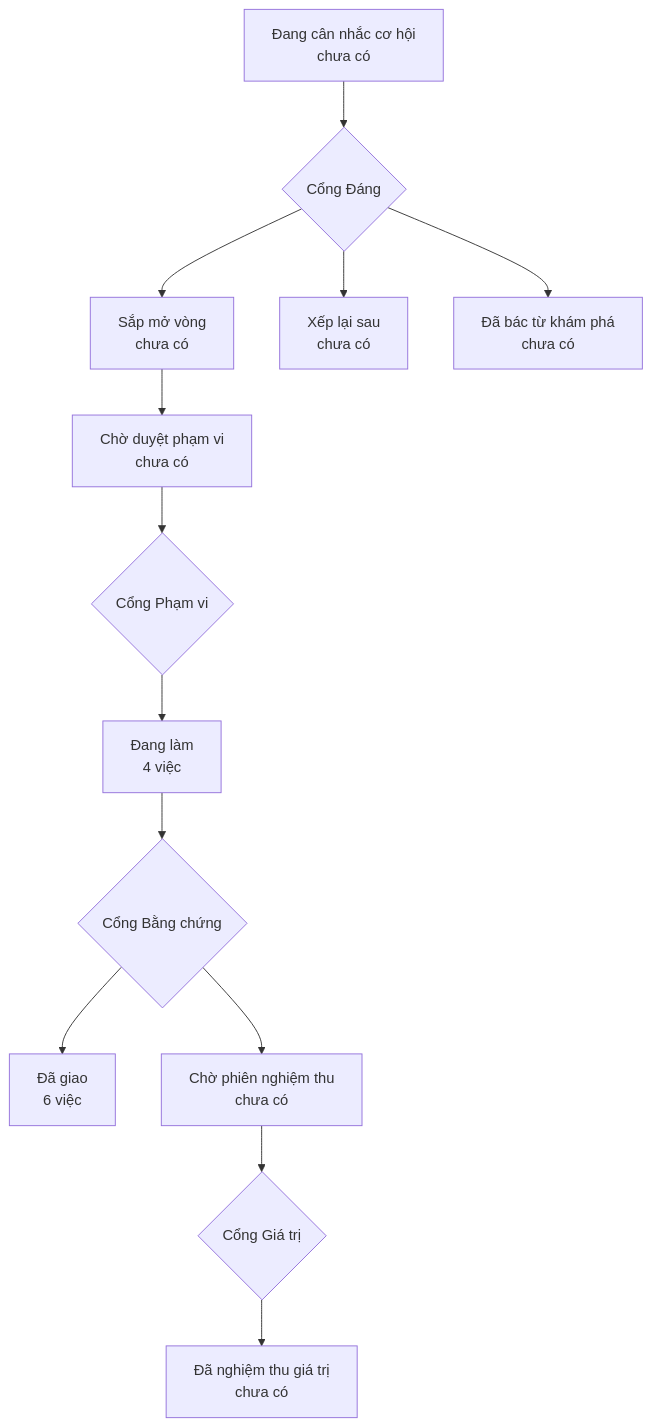
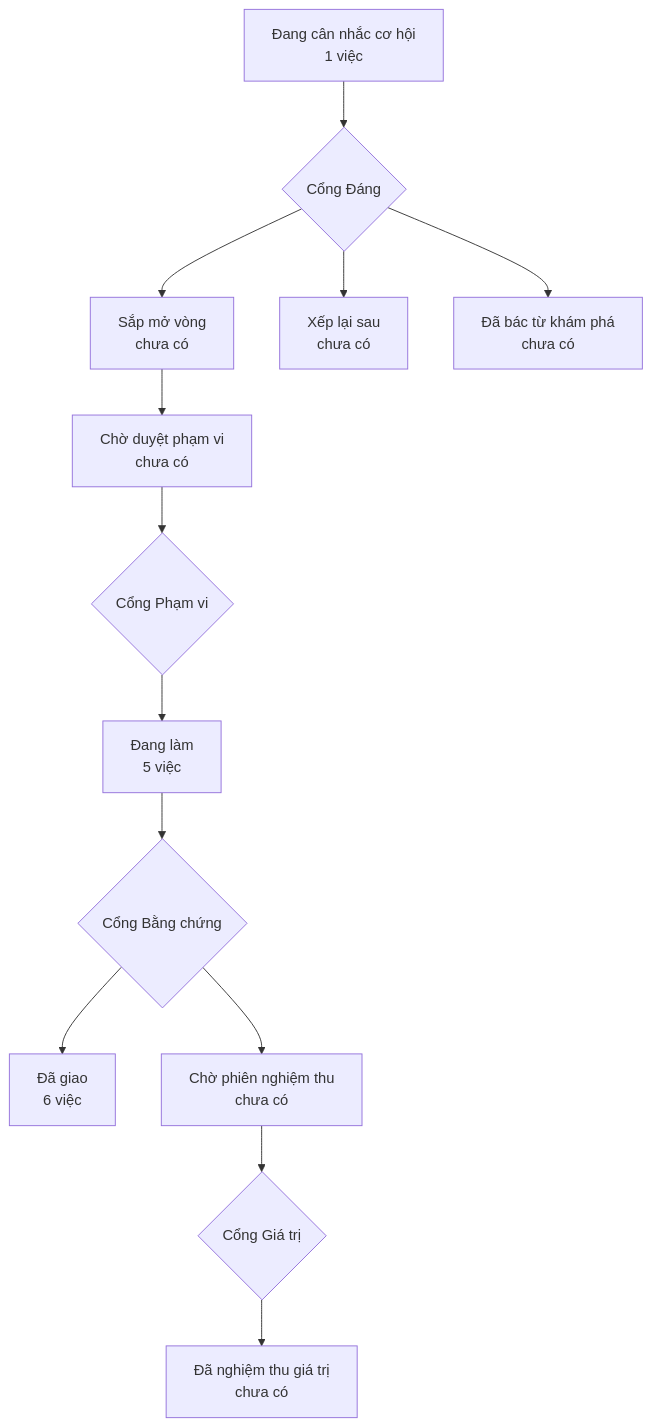
The diagram in PRODUCT-MAP.md (phanlemanh/crm-onehub), drawn with Mermaid before and after one commit. The commit also changed other lines of this file and 21 other files, not shown here.

First line of the commit message:
feat(acceptance): tiep-thi-tuyen-doi-tac qua Cổng Phạm vi — hợp đồng, bộ đo, thiết kế, hai ô Cổng Đáng

````diff
--- a/PRODUCT-MAP.md
+++ b/PRODUCT-MAP.md
@@ -6,12 +6,12 @@
 ```mermaid
 flowchart TD
-  A["Đang cân nhắc cơ hội<br/>chưa có"] --> GD{"Cổng Đáng"}
+  A["Đang cân nhắc cơ hội<br/>1 việc"] --> GD{"Cổng Đáng"}
   GD --> B["Sắp mở vòng<br/>chưa có"]
   GD --> XL["Xếp lại sau<br/>chưa có"]
   GD --> DB["Đã bác từ khám phá<br/>chưa có"]
   B --> CD["Chờ duyệt phạm vi<br/>chưa có"] --> GP{"Cổng Phạm vi"}
-  GP --> DL["Đang làm<br/>4 việc"] --> GB{"Cổng Bằng chứng"}
+  GP --> DL["Đang làm<br/>5 việc"] --> GB{"Cổng Bằng chứng"}
   GB --> DG["Đã giao<br/>6 việc"]
   GB --> CN["Chờ phiên nghiệm thu<br/>chưa có"] --> GG{"Cổng Giá trị"}
   GG --> NT["Đã nghiệm thu giá trị<br/>chưa có"]
 ```
````
